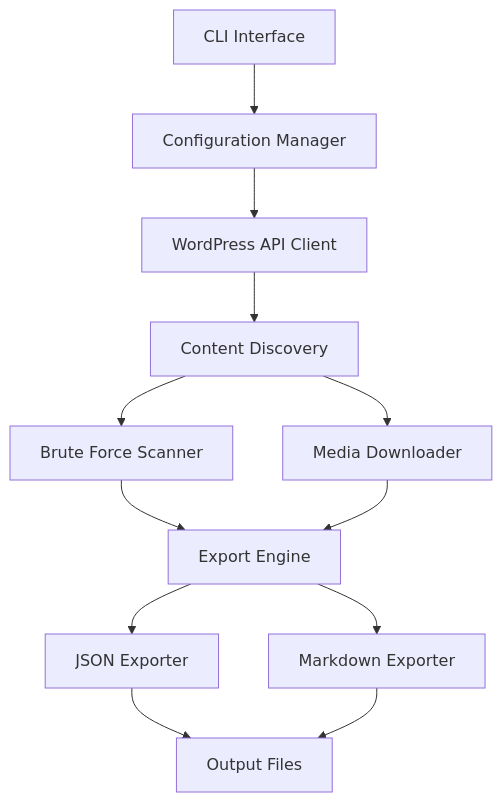
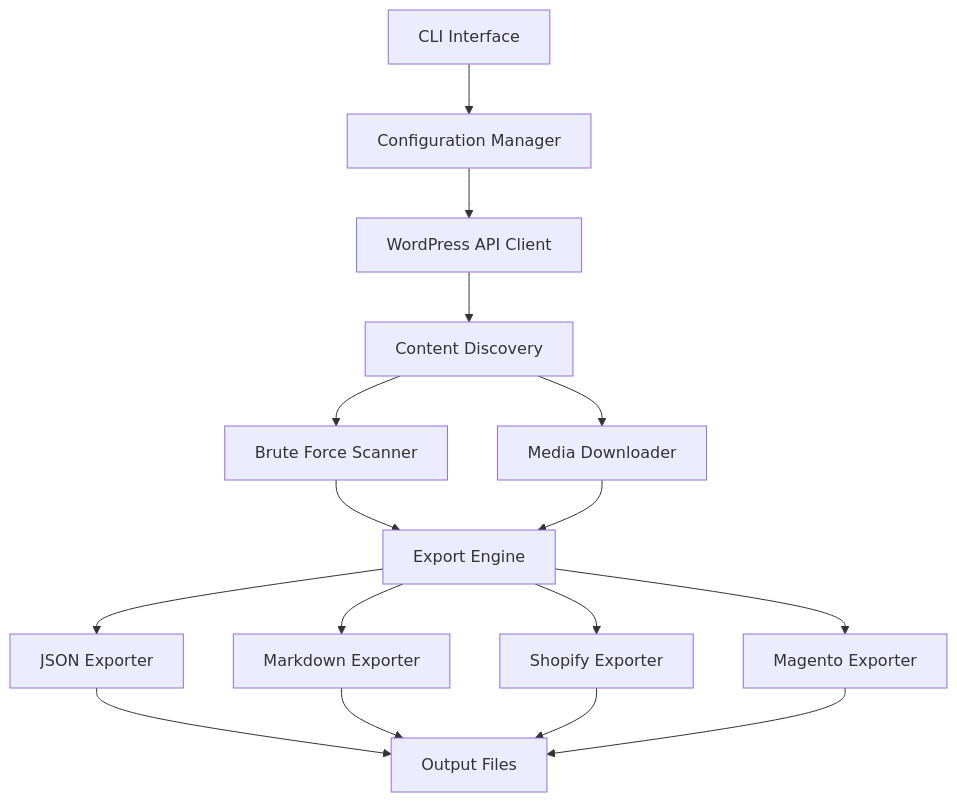
One commit to tradik/wpexporter changed the diagram in README.md. Above: the diagram before and after it, drawn with Mermaid. The commit also changed other lines of this file and 10 other files, not shown here.

First line of the commit message:
feat: add Shopify and Magento CSV export formats

````diff
--- a/README.md
+++ b/README.md
@@ -225,14 +239,18 @@
 ```mermaid
 graph TB
     A[CLI Interface] --> B[Configuration Manager]
     B --> C[WordPress API Client]
     C --> D[Content Discovery]
     D --> E[Brute Force Scanner]
     D --> F[Media Downloader]
     E --> G[Export Engine]
     F --> G
     G --> H[JSON Exporter]
     G --> I[Markdown Exporter]
+    G --> K[Shopify Exporter]
+    G --> L[Magento Exporter]
     H --> J[Output Files]
     I --> J
+    K --> J
+    L --> J
 ```
````
